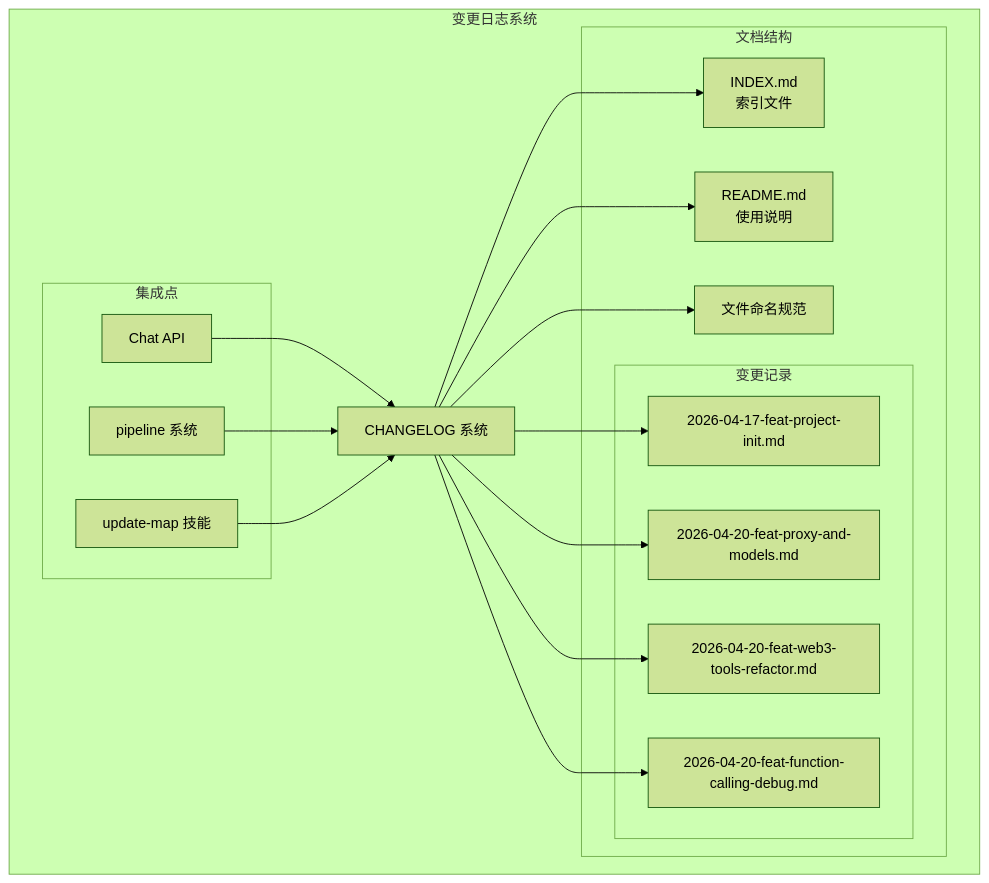
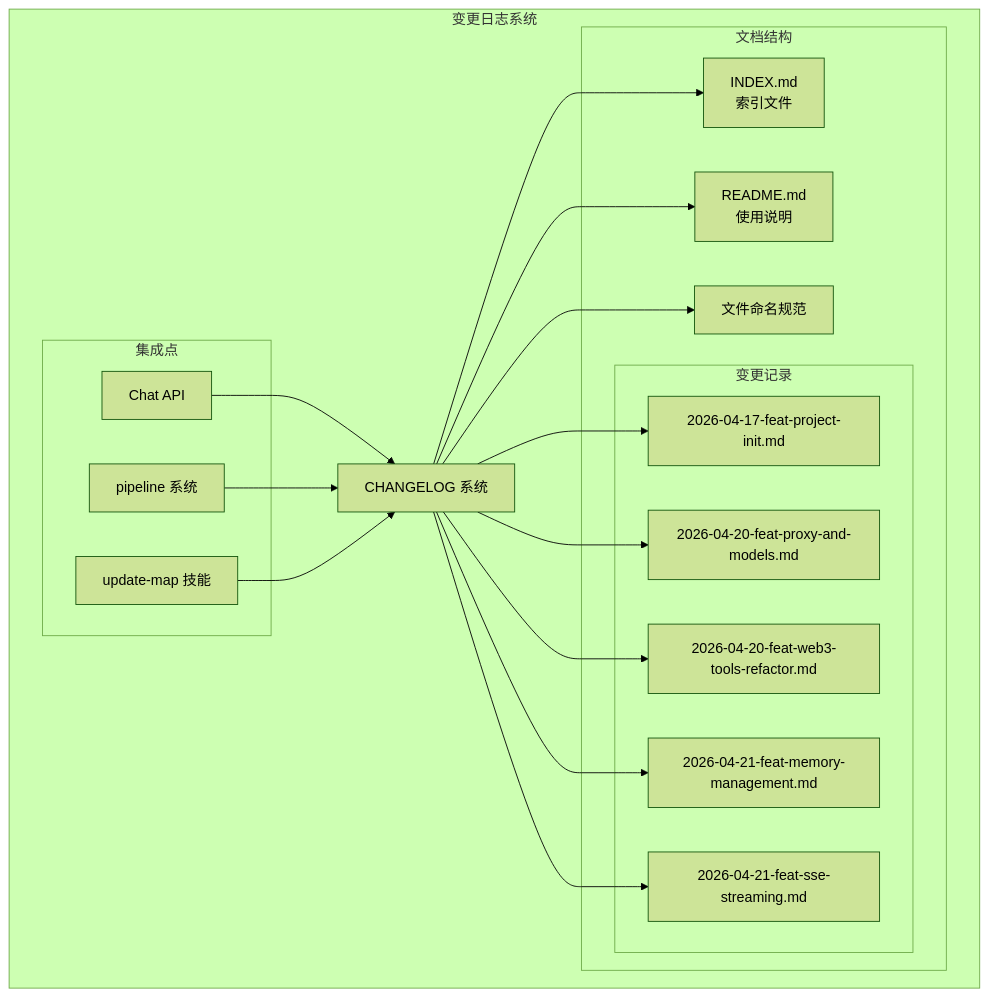
One commit to CryptoLinxu/Web3-AI-Agent changed the first of 5 diagrams in .qoder/repowiki/zh/content/项目概述/变更日志系统.md. Above: the diagram before and after it, drawn with Mermaid (forest theme). The commit also changed other lines of this file and 9 other files, not shown here.

````diff
--- a/.qoder/repowiki/zh/content/项目概述/变更日志系统.md
+++ b/.qoder/repowiki/zh/content/项目概述/变更日志系统.md
@@ -45,32 +57,34 @@
 ```mermaid
 graph TB
 subgraph "变更日志系统"
 CL[CHANGELOG 系统]
 subgraph "文档结构"
 IDX[INDEX.md<br/>索引文件]
 RMD[README.md<br/>使用说明]
 FMT[文件命名规范]
 subgraph "变更记录"
 D17[2026-04-17-feat-project-init.md]
 D20_1[2026-04-20-feat-proxy-and-models.md]
 D20_2[2026-04-20-feat-web3-tools-refactor.md]
-D20_3[2026-04-20-feat-function-calling-debug.md]
+D21_1[2026-04-21-feat-memory-management.md]
+D21_2[2026-04-21-feat-sse-streaming.md]
 end
 end
 subgraph "集成点"
 API[Chat API]
 PIPE[pipeline 系统]
 UPDATE[update-map 技能]
 end
 end
 CL --> IDX
 CL --> RMD
 CL --> FMT
 CL --> D17
 CL --> D20_1
 CL --> D20_2
-CL --> D20_3
+CL --> D21_1
+CL --> D21_2
 API --> CL
 PIPE --> CL
 UPDATE --> CL
 ```
````
